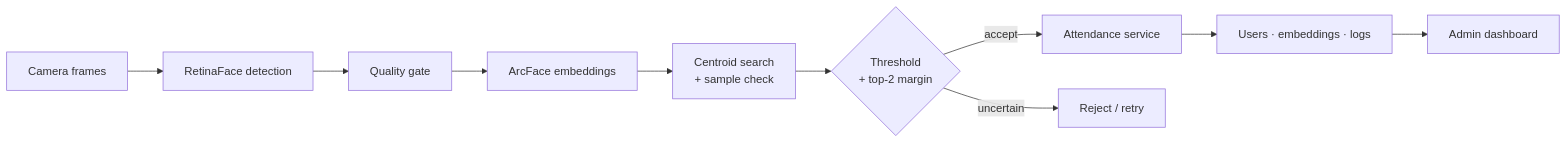
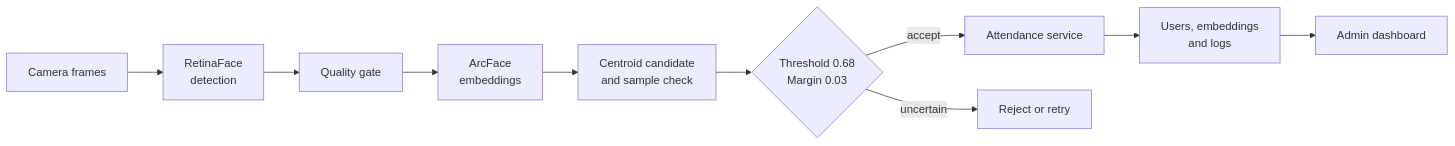
The diagram in README.md (yoon-chan-hyeok/face-attendance-system), drawn with Mermaid before and after one commit. The commit also changed other lines of this file, not shown here.

````diff
--- a/README.md
+++ b/README.md
@@ -42,12 +61,12 @@
 ```mermaid
 flowchart LR
-    C["Camera frames"] --> D["RetinaFace detection"]
+    C["Camera frames"] --> D["RetinaFace<br/>detection"]
     D --> Q["Quality gate"]
-    Q --> E["ArcFace embeddings"]
-    E --> M["Centroid search<br/>+ sample check"]
-    M --> G{"Threshold<br/>+ top-2 margin"}
+    Q --> E["ArcFace<br/>embeddings"]
+    E --> M["Centroid candidate<br/>and sample check"]
+    M --> G{"Threshold 0.68<br/>Margin 0.03"}
     G -->|accept| A["Attendance service"]
-    G -->|uncertain| R["Reject / retry"]
-    A --> DB["Users · embeddings · logs"]
+    G -->|uncertain| R["Reject or retry"]
+    A --> DB["Users, embeddings<br/>and logs"]
     DB --> UI["Admin dashboard"]
 ```
````
